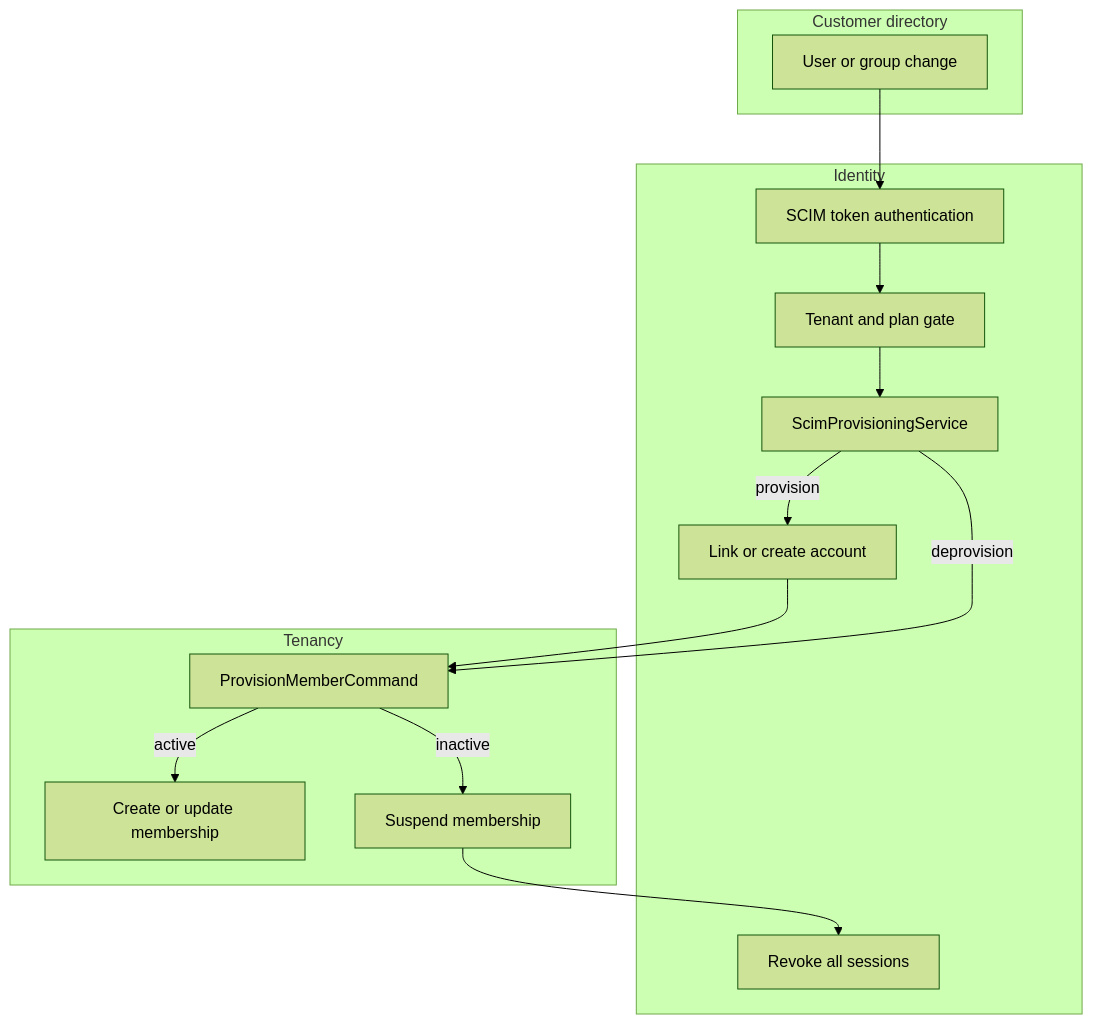
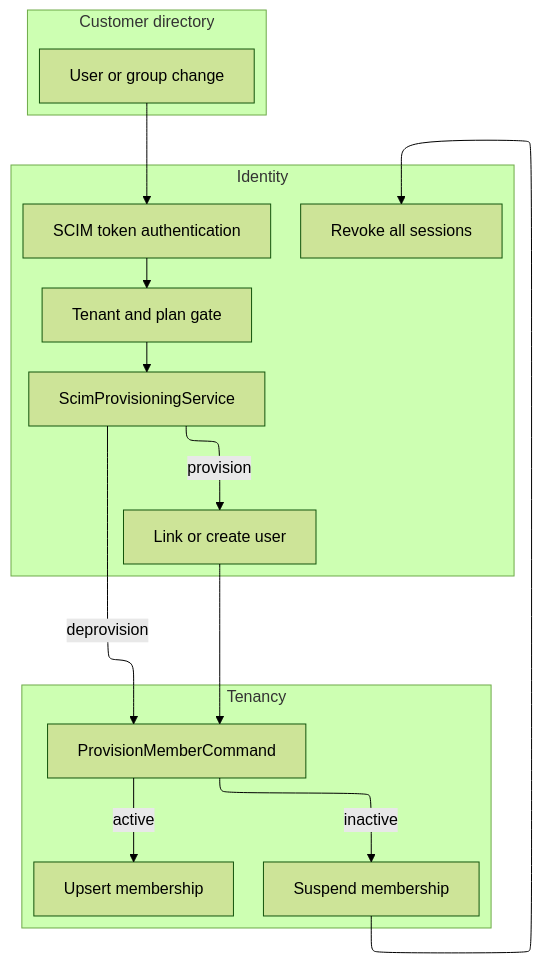
Before and after one commit to mhasabalah/StarterKit: the diagram in wiki/Identity/SCIM.md, drawn with Mermaid (forest theme). The commit also changed 152 other files, not shown here.

Commit message:
feat(docs): add Fumadocs V2 and standardize diagrams

````diff
--- a/wiki/Identity/SCIM.md
+++ b/wiki/Identity/SCIM.md
@@ -21,23 +21,35 @@
 ```mermaid
+---
+config:
+  layout: elk
+---
 flowchart TB
+  accTitle: How it works
+  accDescr: Directory operations cross into Tenancy through its provisioning contract; deprovisioning retains the account and revokes its sessions.
   subgraph External[Customer directory]
+    direction TB
     I[User or group change]
   end
   subgraph Identity
+    direction TB
     A[SCIM token authentication]
     G[Tenant and plan gate]
     P[ScimProvisioningService]
-    U[Link or create account]
+    U[Link or create user]
     R[Revoke all sessions]
   end
   subgraph Tenancy
+    direction TB
     C[ProvisionMemberCommand]
-    M[Create or update membership]
+    M[Upsert membership]
     S[Suspend membership]
   end
   I --> A --> G --> P
   P -->|provision| U --> C
   P -->|deprovision| C
   C -->|active| M
   C -->|inactive| S --> R
+  class I external
+  class A,G api
+  class P,U,R,C,M,S application
 ```
````
